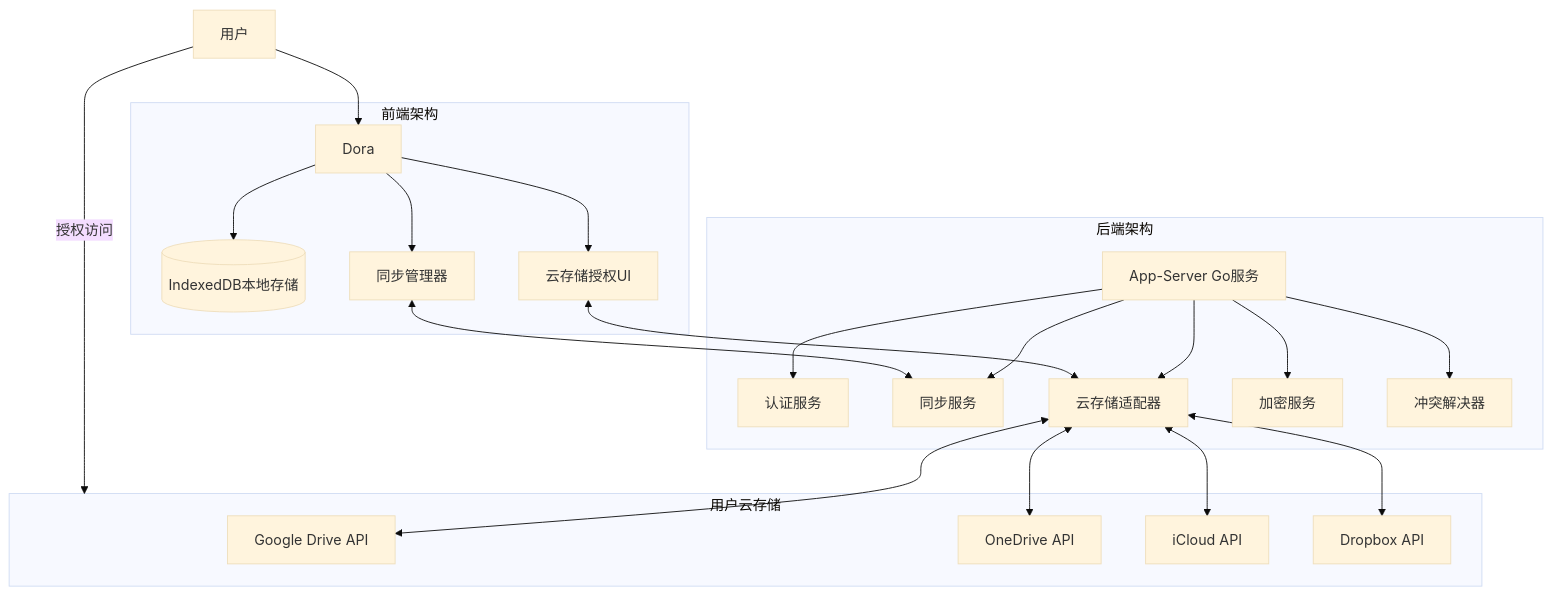
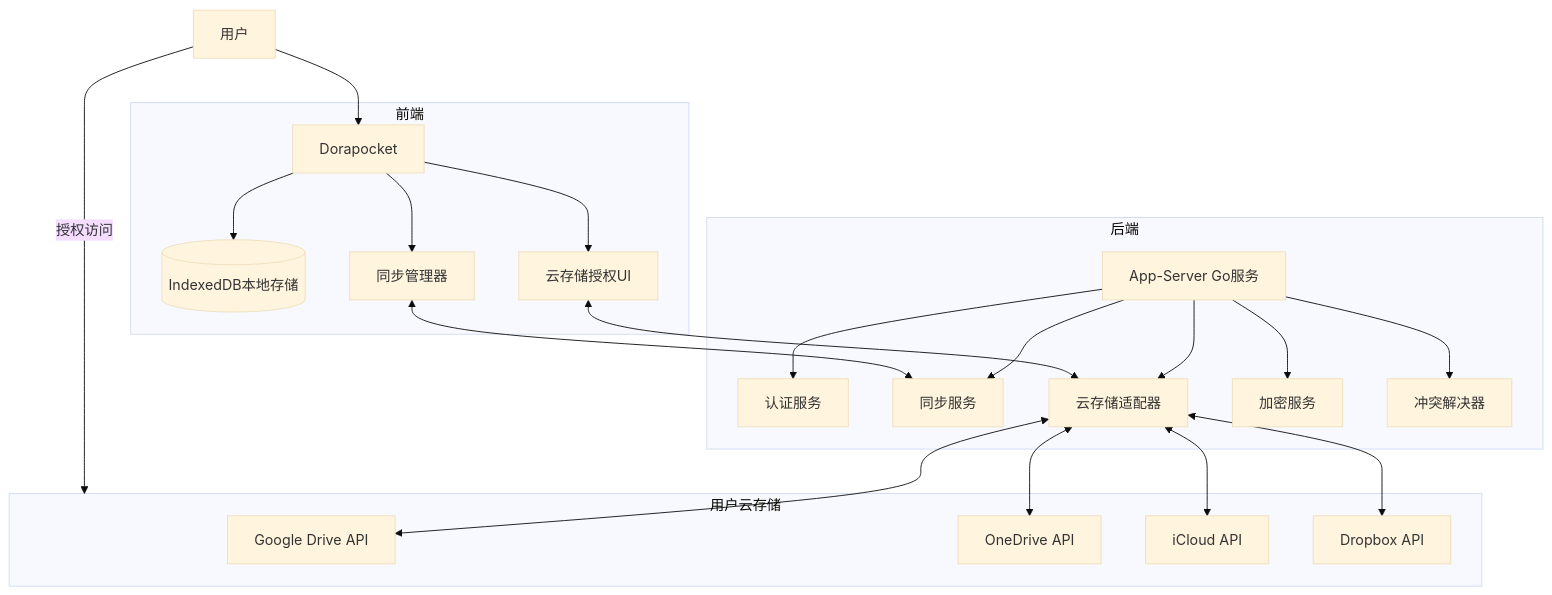
The diagram in all/未命名-34.md (yingjianzh/iodraw-files), drawn with Mermaid (base theme) before and after one commit.

Commit message:
2025-04-17 10:23:10 update

````diff
--- a/all/未命名-34.md
+++ b/all/未命名-34.md
@@ -1,29 +1,29 @@
 ```mermaid
 flowchart TD
-    User[用户] --> FrontEnd[Dora]
+    User[用户] --> FrontEnd[Dorapocket]
     
-    subgraph 前端架构
+    subgraph 前端
         FrontEnd --> LocalDB[(IndexedDB本地存储)]
         FrontEnd --> SyncManager[同步管理器]
         FrontEnd --> CloudAuthUI[云存储授权UI]
     end
     
-    subgraph 后端架构
+    subgraph 后端
         AppServer[App-Server Go服务] --> AuthService[认证服务]
         AppServer --> SyncService[同步服务]
         AppServer --> CloudAdapter[云存储适配器]
         AppServer --> CryptoService[加密服务]
         AppServer --> ConflictResolver[冲突解决器]
     end
     
     subgraph 用户云存储
         CloudAdapter <--> GoogleDrive[Google Drive API]
         CloudAdapter <--> OneDrive[OneDrive API]
         CloudAdapter <--> iCloud[iCloud API]
         CloudAdapter <--> Dropbox[Dropbox API]
     end
     
     User -- "授权访问" --> 用户云存储
     SyncManager <--> SyncService
     CloudAuthUI <--> CloudAdapter
 ```
````
